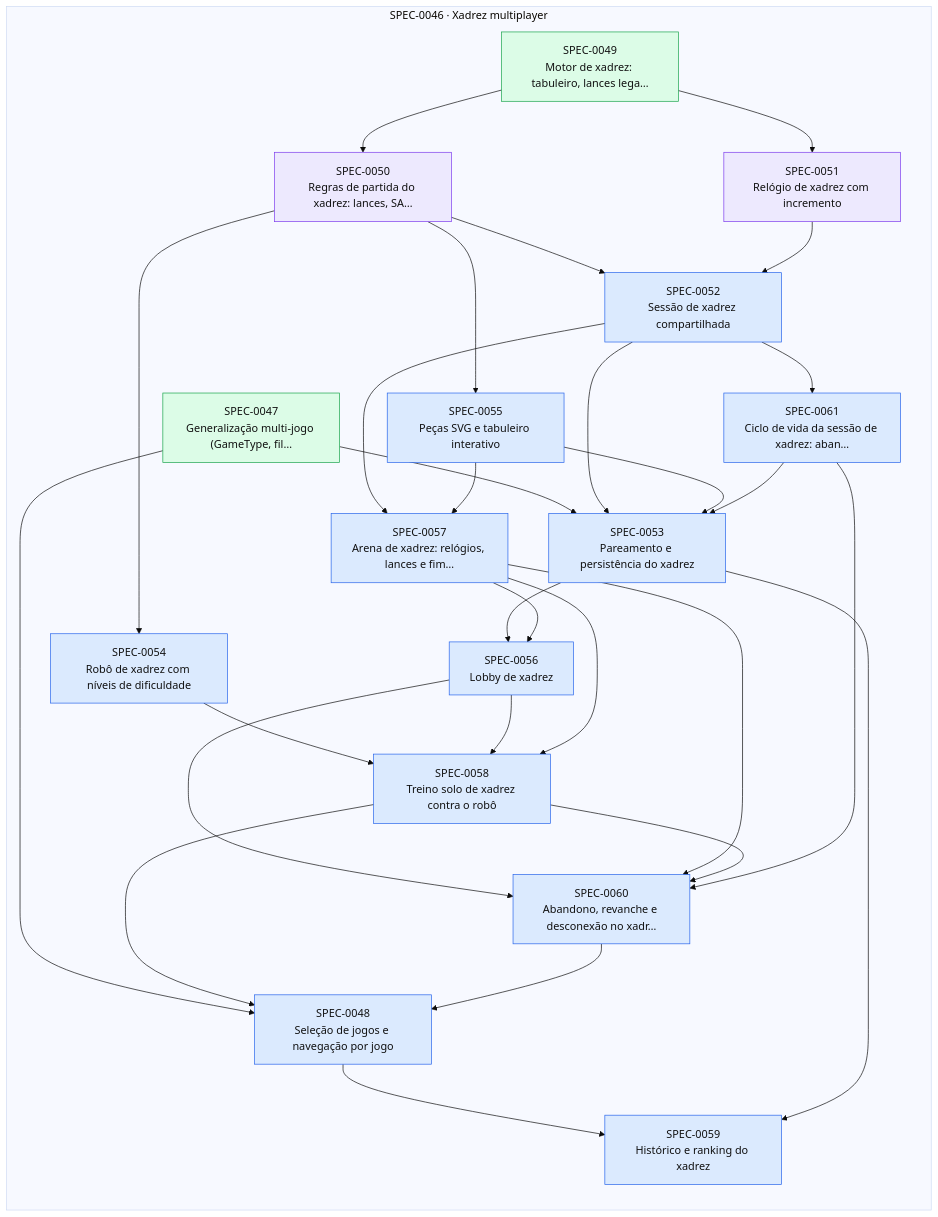
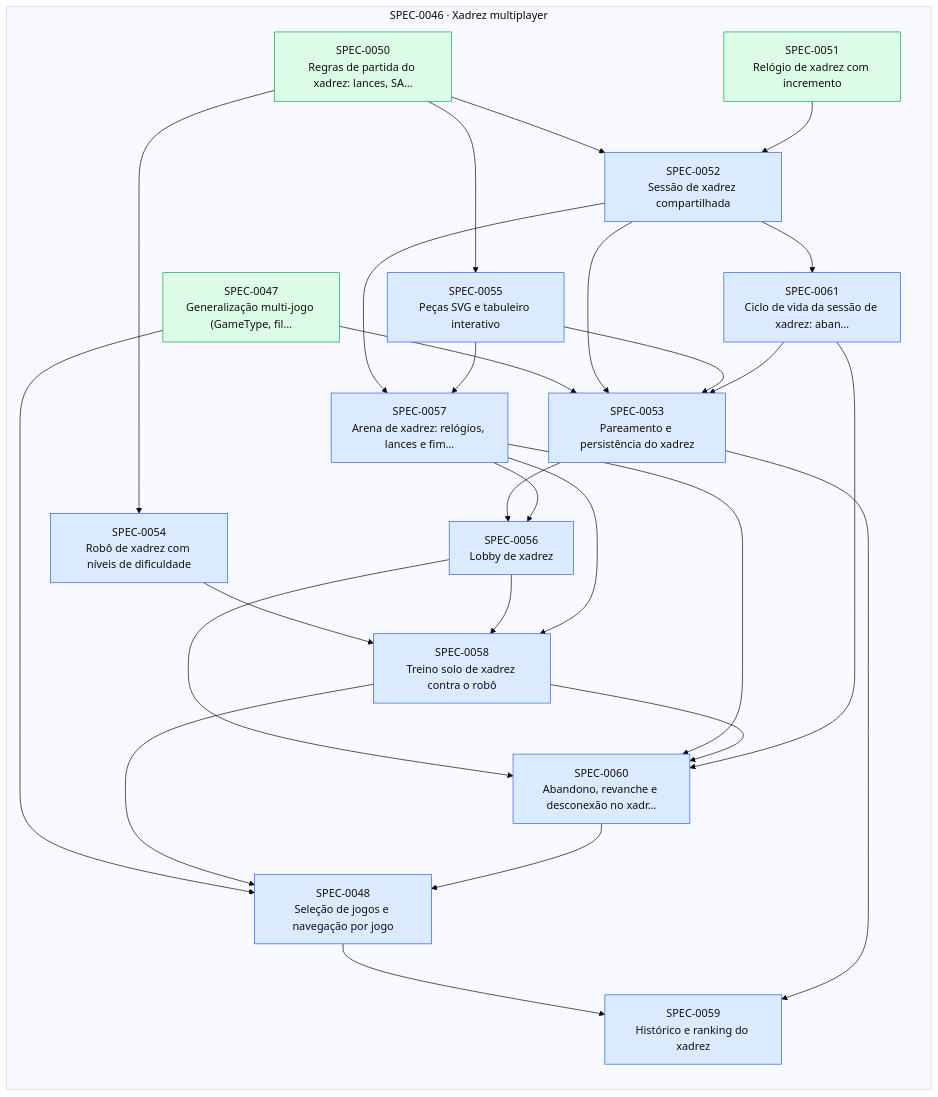
Before and after one commit to thomasravache/jogo-da-velha-multiplayer: the diagram in docs/specs/INDEX.md, drawn with Mermaid (base theme). The commit also changed other lines of this file and 3 other files, not shown here.

````diff
--- a/docs/specs/INDEX.md
+++ b/docs/specs/INDEX.md
@@ -49,52 +47,49 @@
 ```mermaid
 flowchart LR
   subgraph E0046["SPEC-0046 · Xadrez multiplayer"]
     S0047["SPEC-0047<br/>Generalização multi-jogo (GameType, fil…"]:::implemented
     S0048["SPEC-0048<br/>Seleção de jogos e navegação por jogo"]:::approved
-    S0049["SPEC-0049<br/>Motor de xadrez: tabuleiro, lances lega…"]:::implemented
-    S0050["SPEC-0050<br/>Regras de partida do xadrez: lances, SA…"]:::inprogress
-    S0051["SPEC-0051<br/>Relógio de xadrez com incremento"]:::inprogress
+    S0050["SPEC-0050<br/>Regras de partida do xadrez: lances, SA…"]:::implemented
+    S0051["SPEC-0051<br/>Relógio de xadrez com incremento"]:::implemented
     S0052["SPEC-0052<br/>Sessão de xadrez compartilhada"]:::approved
     S0053["SPEC-0053<br/>Pareamento e persistência do xadrez"]:::approved
     S0054["SPEC-0054<br/>Robô de xadrez com níveis de dificuldade"]:::approved
     S0055["SPEC-0055<br/>Peças SVG e tabuleiro interativo"]:::approved
     S0056["SPEC-0056<br/>Lobby de xadrez"]:::approved
     S0057["SPEC-0057<br/>Arena de xadrez: relógios, lances e fim…"]:::approved
     S0058["SPEC-0058<br/>Treino solo de xadrez contra o robô"]:::approved
     S0059["SPEC-0059<br/>Histórico e ranking do xadrez"]:::approved
     S0060["SPEC-0060<br/>Abandono, revanche e desconexão no xadr…"]:::approved
     S0061["SPEC-0061<br/>Ciclo de vida da sessão de xadrez: aban…"]:::approved
   end
   S0047 --> S0048
   S0058 --> S0048
   S0060 --> S0048
-  S0049 --> S0050
-  S0049 --> S0051
   S0050 --> S0052
   S0051 --> S0052
   S0047 --> S0053
   S0052 --> S0053
   S0055 --> S0053
   S0061 --> S0053
   S0050 --> S0054
   S0050 --> S0055
   S0053 --> S0056
   S0057 --> S0056
   S0052 --> S0057
   S0055 --> S0057
   S0054 --> S0058
   S0056 --> S0058
   S0057 --> S0058
   S0048 --> S0059
   S0053 --> S0059
   S0056 --> S0060
   S0057 --> S0060
   S0058 --> S0060
   S0061 --> S0060
   S0052 --> S0061
   classDef proposed fill:#fef3c7,stroke:#d97706,color:#111
   classDef approved fill:#dbeafe,stroke:#2563eb,color:#111
   classDef inprogress fill:#ede9fe,stroke:#7c3aed,color:#111
   classDef implemented fill:#dcfce7,stroke:#16a34a,color:#111
   classDef deprecated fill:#f3f4f6,stroke:#9ca3af,color:#6b7280
 ```
````
